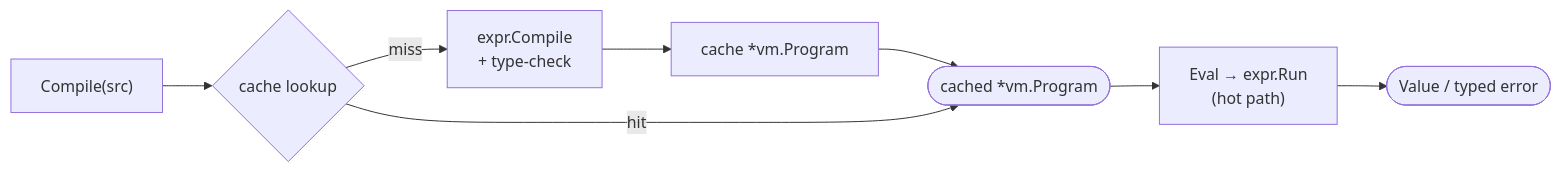
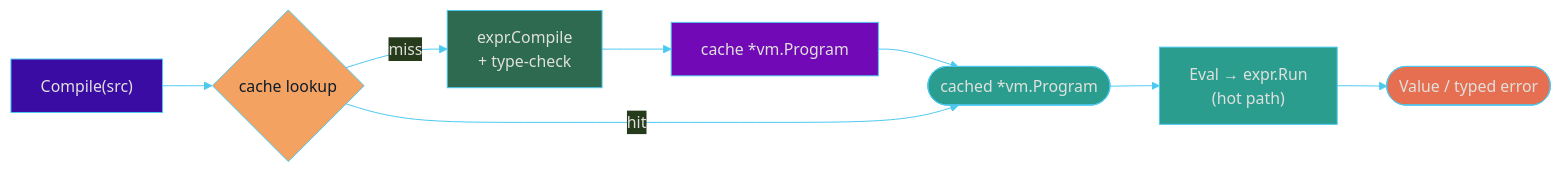
Before and after one commit to enchanter-ai/golem: the second of 2 diagrams in README.md, drawn with Mermaid. The commit also changed other lines of this file, not shown here.

Commit message:
docs(readme): lead Python-first; blueprint-styled architecture diagrams

````diff
--- a/README.md
+++ b/README.md
@@ -377,10 +440,27 @@
 ```mermaid
+%%{init: {'theme':'base', 'themeVariables': {'background':'#0d1b2a','primaryColor':'#1b263b','primaryTextColor':'#e0e1dd','primaryBorderColor':'#4cc9f0','lineColor':'#4cc9f0','clusterBkg':'#0b132b','clusterBorder':'#4cc9f0','fontFamily':'ui-monospace, SFMono-Regular, monospace'}}}%%
 flowchart LR
     SRC["Compile(src)"] --> LOOK{"cache lookup"}
     LOOK -->|"miss"| COMPILE["expr.Compile<br/>+ type-check"]
     COMPILE --> STORE["cache *vm.Program"]
     STORE --> PROG(["cached *vm.Program"])
     LOOK -->|"hit"| PROG
     PROG --> EVAL["Eval → expr.Run<br/>(hot path)"]
     EVAL --> VAL(["Value / typed error"])
+
+    classDef src fill:#3a0ca3,stroke:#4cc9f0,color:#e0e1dd;
+    classDef lookup fill:#f4a261,stroke:#4cc9f0,color:#0d1b2a;
+    classDef compile fill:#2d6a4f,stroke:#4cc9f0,color:#e0e1dd;
+    classDef store fill:#7209b7,stroke:#4cc9f0,color:#e0e1dd;
+    classDef prog fill:#2a9d8f,stroke:#4cc9f0,color:#e0e1dd;
+    classDef eval fill:#2a9d8f,stroke:#4cc9f0,color:#e0e1dd;
+    classDef val fill:#e76f51,stroke:#4cc9f0,color:#e0e1dd;
+
+    class SRC src;
+    class LOOK lookup;
+    class COMPILE compile;
+    class STORE store;
+    class PROG prog;
+    class EVAL eval;
+    class VAL val;
 ```
````
